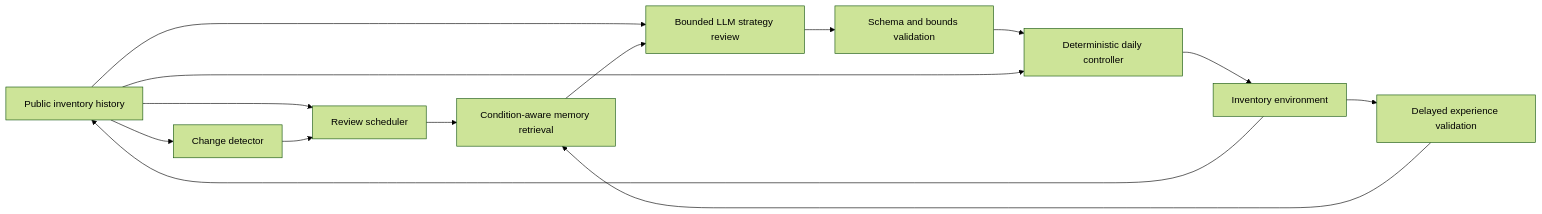
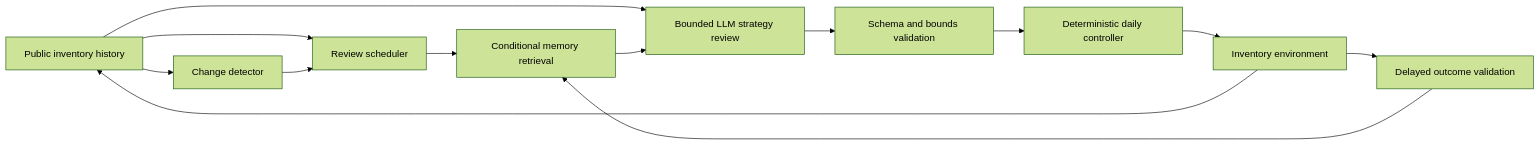
The diagram in README.md (QCYTSN/Shiftmem), drawn with Mermaid (forest theme) before and after one commit. The commit also changed other lines of this file and 1 other file, not shown here.

````diff
--- a/README.md
+++ b/README.md
@@ -39,16 +62,15 @@
 ```mermaid
 flowchart LR
     A["Public inventory history"] --> B["Change detector"]
     A --> C["Review scheduler"]
     B --> C
-    C --> D["Condition-aware memory retrieval"]
+    C --> D["Conditional memory retrieval"]
     A --> E["Bounded LLM strategy review"]
     D --> E
     E --> F["Schema and bounds validation"]
     F --> G["Deterministic daily controller"]
-    A --> G
     G --> H["Inventory environment"]
     H --> A
-    H --> I["Delayed experience validation"]
+    H --> I["Delayed outcome validation"]
     I --> D
 ```
````
